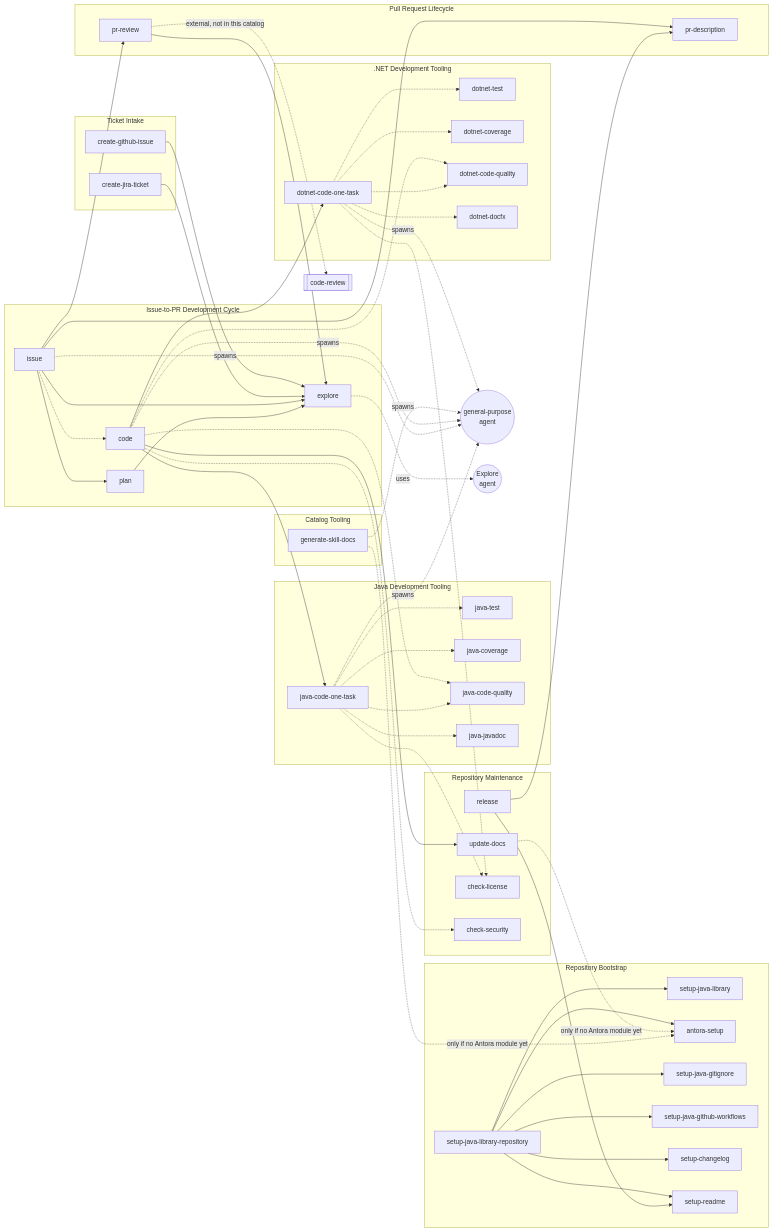
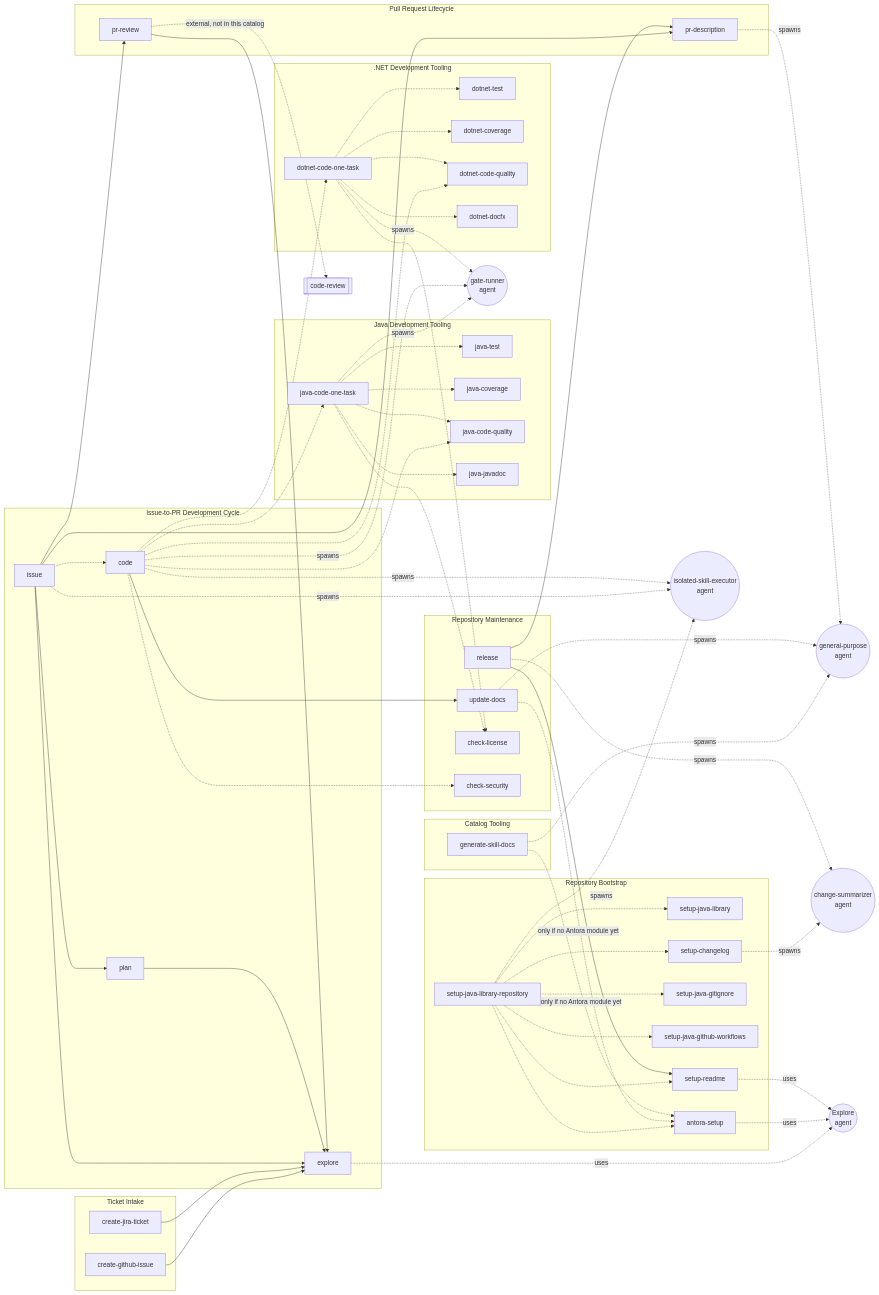
The first of 7 diagrams in docs/modules/ROOT/pages/index.adoc (albertoirurueta/ai-catalog), drawn with Mermaid before and after one commit. The commit also changed other lines of this file and 35 other files, not shown here.

```diff
--- a/docs/modules/ROOT/pages/index.adoc
+++ b/docs/modules/ROOT/pages/index.adoc
@@ -509,12 +564,12 @@
         GSD["generate-skill-docs"]
     end
 
-    SJLR --> SJL
-    SJLR --> AS
-    SJLR --> SJG
-    SJLR --> SJW
-    SJLR --> SC
-    SJLR --> SR
+    SJLR -.-> SJL
+    SJLR -.-> AS
+    SJLR -.-> SJG
+    SJLR -.-> SJW
+    SJLR -.-> SC
+    SJLR -.-> SR
 
     CGI --> EXPLORE
     CJT --> EXPLORE
@@ -527,8 +582,8 @@
     PLAN --> EXPLORE
     PRR --> EXPLORE
 
-    CODE --> JCOT
-    CODE --> DCOT
+    CODE -.-> JCOT
+    CODE -.-> DCOT
     CODE -.-> JCQ
     CODE -.-> DCQ
     CODE -.-> CSEC
@@ -551,13 +606,21 @@
     UD -.->|only if no Antora module yet| AS
 
     GSD -.->|only if no Antora module yet| AS
-    GSD -.spawns.-> AGT_GP
 
     PRR -.->|external, not in this catalog| CR[["code-review"]]
 
     EXPLORE -.uses.-> AGT_EXPLORE(("Explore\nagent"))
-    CODE -.spawns.-> AGT_GP(("general-purpose\nagent"))
-    ISSUE -.spawns.-> AGT_GP
-    JCOT -.spawns.-> AGT_GP
-    DCOT -.spawns.-> AGT_GP
+    AS -.uses.-> AGT_EXPLORE
+    SR -.uses.-> AGT_EXPLORE
+    CODE -.spawns.-> AGT_GATE(("gate-runner\nagent"))
+    JCOT -.spawns.-> AGT_GATE
+    DCOT -.spawns.-> AGT_GATE
+    ISSUE -.spawns.-> AGT_ISE(("isolated-skill-executor\nagent"))
+    CODE -.spawns.-> AGT_ISE
+    SJLR -.spawns.-> AGT_ISE
+    SC -.spawns.-> AGT_CS(("change-summarizer\nagent"))
+    REL -.spawns.-> AGT_CS
+    GSD -.spawns.-> AGT_GP(("general-purpose\nagent"))
+    UD -.spawns.-> AGT_GP
+    PRD -.spawns.-> AGT_GP
 ....
```
